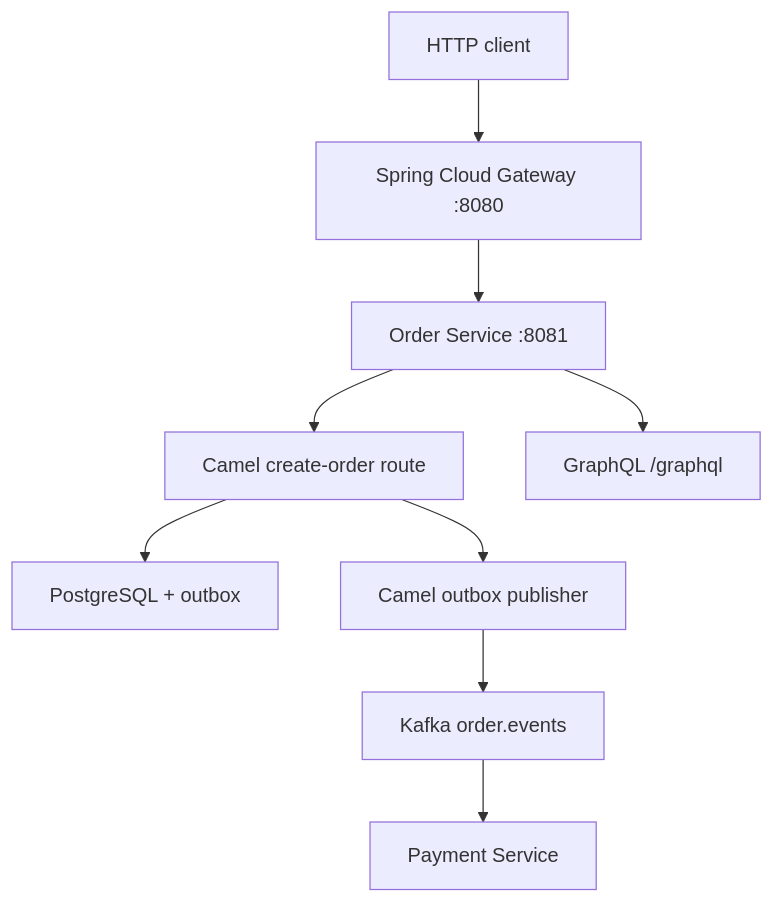
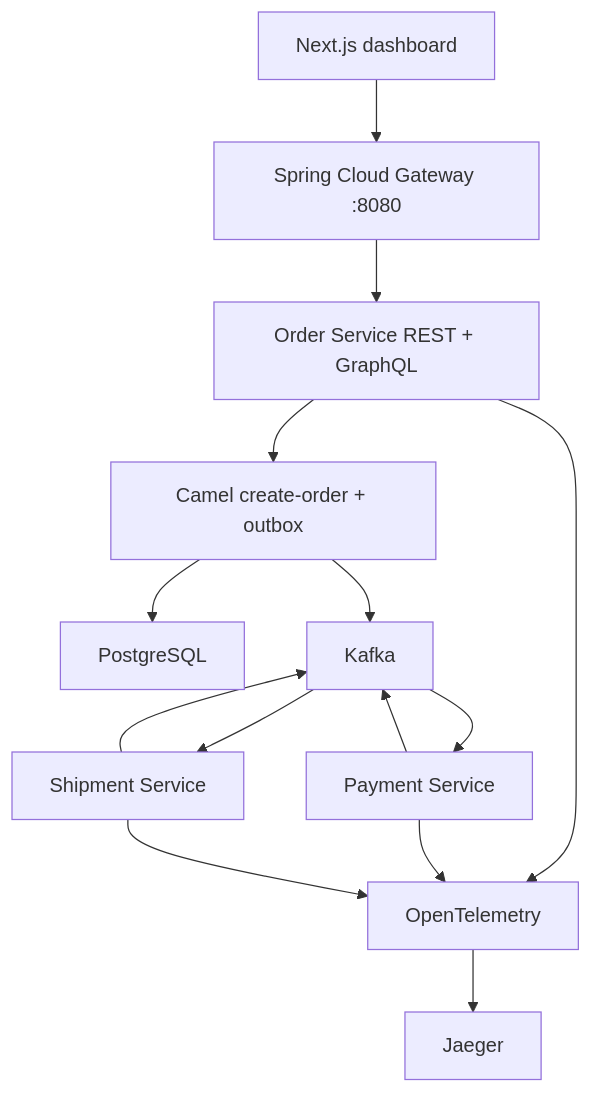
Before and after one commit to Plk-g/flowforge-order-orchestration: the diagram in README.md, drawn with Mermaid. The commit also changed other lines of this file and 50 other files, not shown here.

First line of the commit message:
Add payment/shipment saga, dashboard, and observability.

````diff
--- a/README.md
+++ b/README.md
@@ -5,11 +27,16 @@
 ```mermaid
 flowchart TD
-    Client["HTTP client"] --> GW["Spring Cloud Gateway :8080"]
-    GW --> OS["Order Service :8081"]
-    OS --> CAMEL["Camel create-order route"]
-    CAMEL --> DB["PostgreSQL + outbox"]
-    CAMEL --> OUTBOX["Camel outbox publisher"]
-    OUTBOX --> K["Kafka order.events"]
+    UI["Next.js dashboard"] --> GW["Spring Cloud Gateway :8080"]
+    GW --> OS["Order Service REST + GraphQL"]
+    OS --> CAMEL["Camel create-order + outbox"]
+    CAMEL --> DB["PostgreSQL"]
+    CAMEL --> K["Kafka"]
     K --> PS["Payment Service"]
-    OS --> GQL["GraphQL /graphql"]
+    PS --> K
+    K --> SS["Shipment Service"]
+    SS --> K
+    OS --> OTEL["OpenTelemetry"]
+    PS --> OTEL
+    SS --> OTEL
+    OTEL --> J["Jaeger"]
 ```
````
